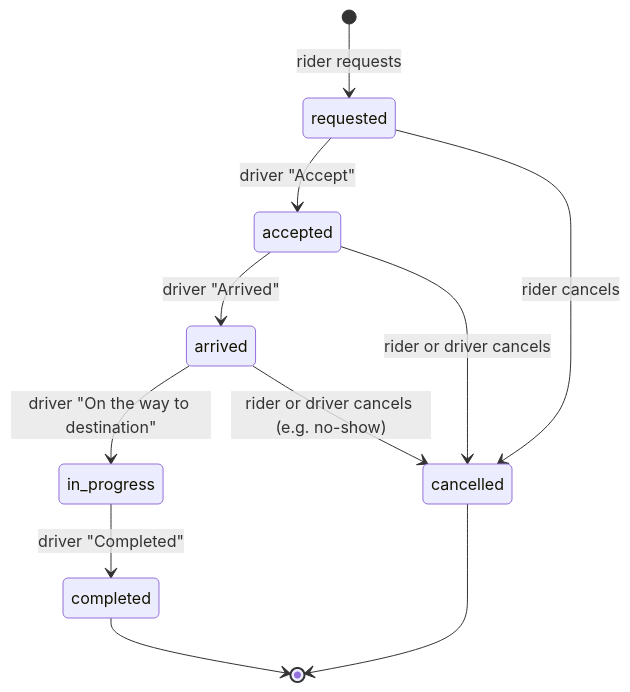
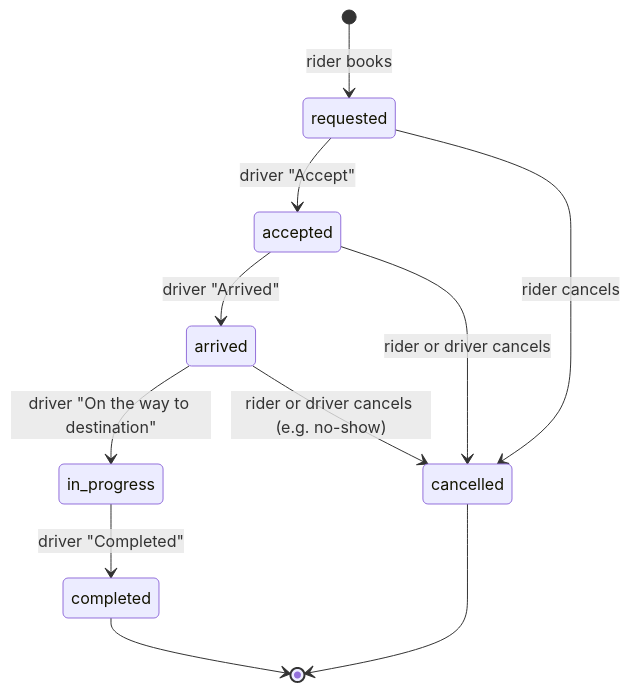
One commit to msayubi76/technichal-assessment-BCDAPPS changed the second of 2 diagrams in docs/ARCHITECTURE.md. Above: the diagram before and after it, drawn with Mermaid. The commit also changed other lines of this file, not shown here.

````diff
--- a/docs/ARCHITECTURE.md
+++ b/docs/ARCHITECTURE.md
@@ -59,13 +84,13 @@
 ```mermaid
 stateDiagram-v2
-    [*] --> requested: rider requests
+    [*] --> requested: rider books
     requested --> accepted: driver "Accept"
     requested --> cancelled: rider cancels
     accepted --> arrived: driver "Arrived"
     accepted --> cancelled: rider or driver cancels
     arrived --> in_progress: driver "On the way to destination"
     arrived --> cancelled: rider or driver cancels (e.g. no-show)
     in_progress --> completed: driver "Completed"
     completed --> [*]
     cancelled --> [*]
 ```
````
